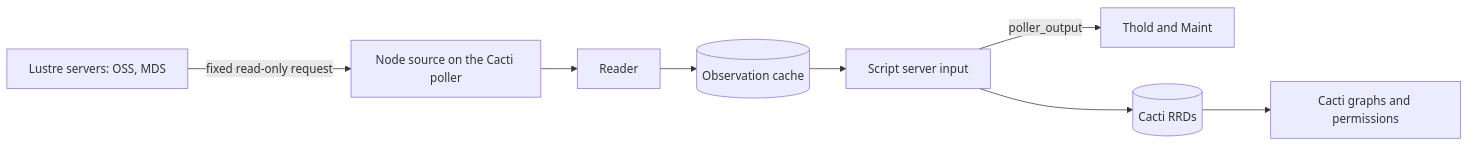
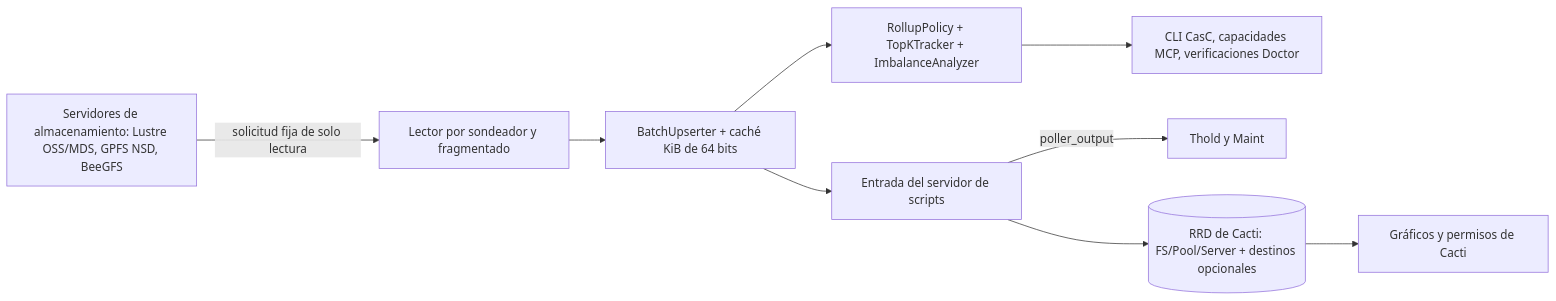
Before and after one commit to somethingwithproof/plugin_pfs: the diagram in docs/i18n/es-419/README.md, drawn with Mermaid. The commit also changed other lines of this file and 47 other files, not shown here.

````diff
--- a/docs/i18n/es-419/README.md
+++ b/docs/i18n/es-419/README.md
@@ -70,10 +78,11 @@
 ```mermaid
 flowchart LR
-    N[Lustre servers: OSS, MDS] -->|fixed read-only request| S[Node source on the Cacti poller]
-    S --> R[Reader]
-    R --> C[(Observation cache)]
-    C --> SS[Script server input]
-    SS -->|poller_output| T[Thold and Maint]
-    SS --> RRD[(Cacti RRDs)]
-    RRD --> G[Cacti graphs and permissions]
+    N[Servidores de almacenamiento: Lustre OSS/MDS, GPFS NSD, BeeGFS] -->|solicitud fija de solo lectura| S[Lector por sondeador y fragmentado]
+    S --> B[BatchUpserter + caché KiB de 64 bits]
+    B --> R[RollupPolicy + TopKTracker + ImbalanceAnalyzer]
+    B --> SS[Entrada del servidor de scripts]
+    R --> ECO[CLI CasC, capacidades MCP, verificaciones Doctor]
+    SS -->|poller_output| T[Thold y Maint]
+    SS --> RRD[(RRD de Cacti: FS/Pool/Server + destinos opcionales)]
+    RRD --> G[Gráficos y permisos de Cacti]
 ```
````
